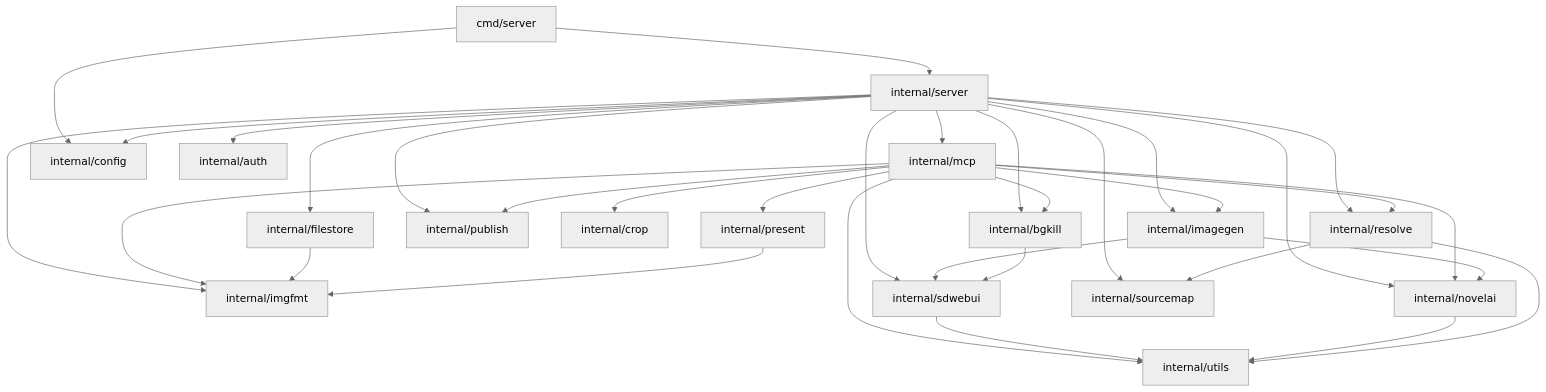
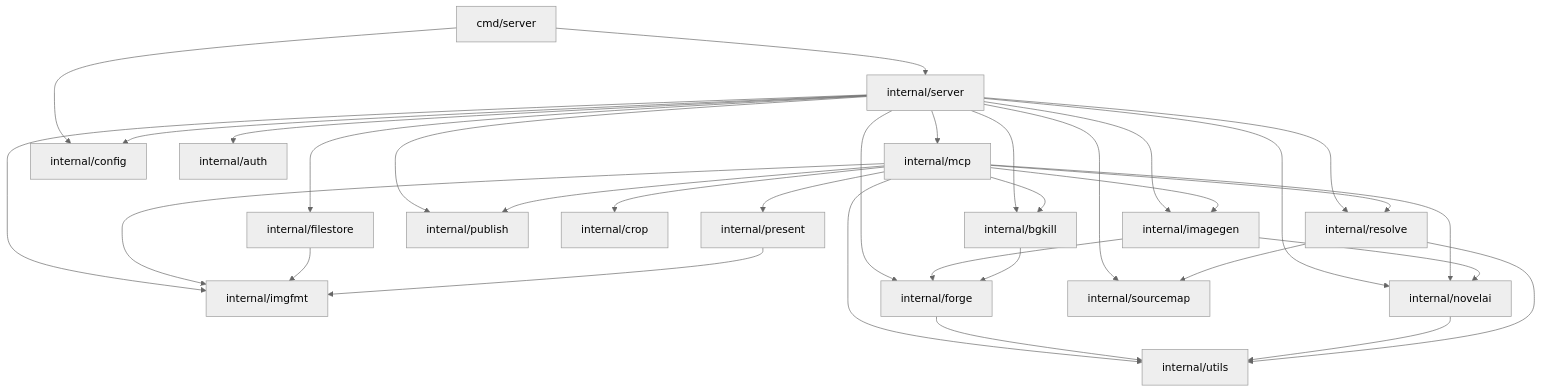
One commit to wishmatic/neo-mcp changed the diagram in AGENTS.md. Above: the diagram before and after it, drawn with Mermaid (neutral theme). The commit also changed 19 other files, not shown here.

Commit message:
Rename sdwebui package to forge

````diff
--- a/AGENTS.md
+++ b/AGENTS.md
@@ -75,57 +75,57 @@
 ```mermaid
 flowchart TD
     cmd["cmd/server"]
     server["internal/server"]
     mcp["internal/mcp"]
     imagegen["internal/imagegen"]
     bgkill["internal/bgkill"]
     present["internal/present"]
     publish["internal/publish"]
     crop["internal/crop"]
     imgfmt["internal/imgfmt"]
-    sdwebui["internal/sdwebui"]
+    forge["internal/forge"]
     novelai["internal/novelai"]
     sourcemap["internal/sourcemap"]
     resolve["internal/resolve"]
     filestore["internal/filestore"]
     config["internal/config"]
     auth["internal/auth"]
     utils["internal/utils"]
 
     cmd --> server
     cmd --> config
 
     server --> mcp
     server --> imagegen
     server --> bgkill
     server --> publish
     server --> auth
     server --> config
-    server --> sdwebui
+    server --> forge
     server --> novelai
     server --> resolve
     server --> filestore
     server --> imgfmt
     server --> sourcemap
 
     mcp --> imagegen
     mcp --> bgkill
     mcp --> crop
     mcp --> present
     mcp --> publish
     mcp --> imgfmt
     mcp --> novelai
     mcp --> resolve
     mcp --> utils
 
-    imagegen --> sdwebui
+    imagegen --> forge
     imagegen --> novelai
-    bgkill --> sdwebui
+    bgkill --> forge
     filestore --> imgfmt
     present --> imgfmt
 
-    sdwebui --> utils
+    forge --> utils
     novelai --> utils
     resolve --> sourcemap
     resolve --> utils
 ```
````
